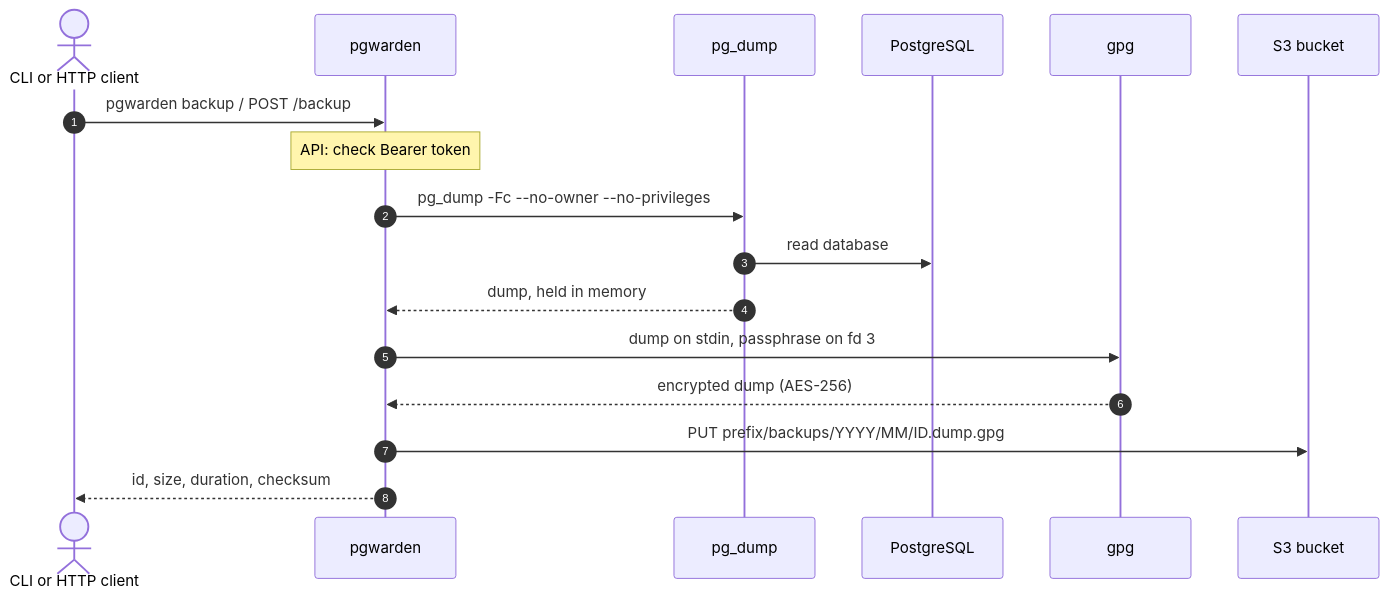
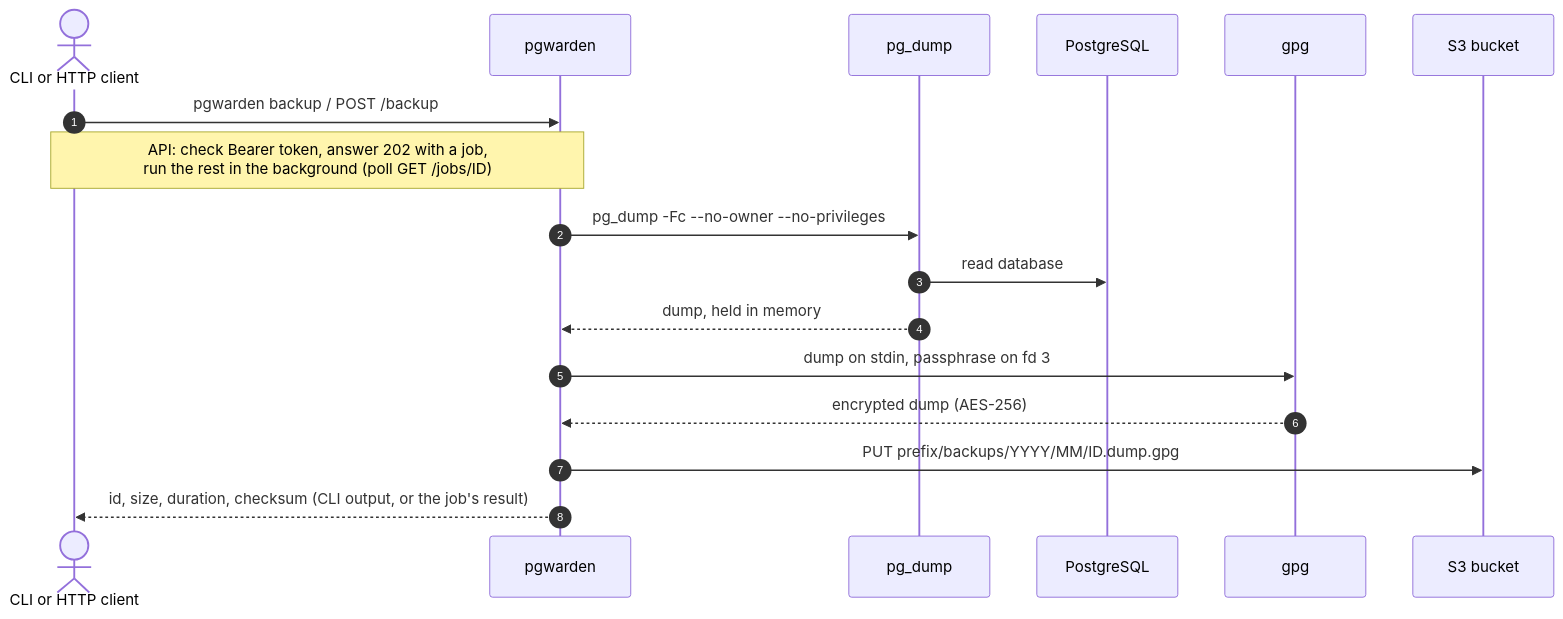
One commit to rfqma/pgwarden changed the second of 3 diagrams in README.md. Above: the diagram before and after it, drawn with Mermaid. The commit also changed other lines of this file and 3 other files, not shown here.

First line of the commit message:
feat!: run API backups and restores as background jobs

````diff
--- a/README.md
+++ b/README.md
@@ -295,20 +335,20 @@
 ```mermaid
 sequenceDiagram
     autonumber
     actor U as CLI or HTTP client
     participant W as pgwarden
     participant D as pg_dump
     participant P as PostgreSQL
     participant G as gpg
     participant S as S3 bucket
 
     U->>W: pgwarden backup / POST /backup
-    Note over W: API: check Bearer token
+    Note over U,W: API: check Bearer token, answer 202 with a job,<br/>run the rest in the background (poll GET /jobs/ID)
     W->>D: pg_dump -Fc --no-owner --no-privileges
     D->>P: read database
     D-->>W: dump, held in memory
     W->>G: dump on stdin, passphrase on fd 3
     G-->>W: encrypted dump (AES-256)
     W->>S: PUT prefix/backups/YYYY/MM/ID.dump.gpg
-    W-->>U: id, size, duration, checksum
+    W-->>U: id, size, duration, checksum (CLI output, or the job's result)
 ```
````
